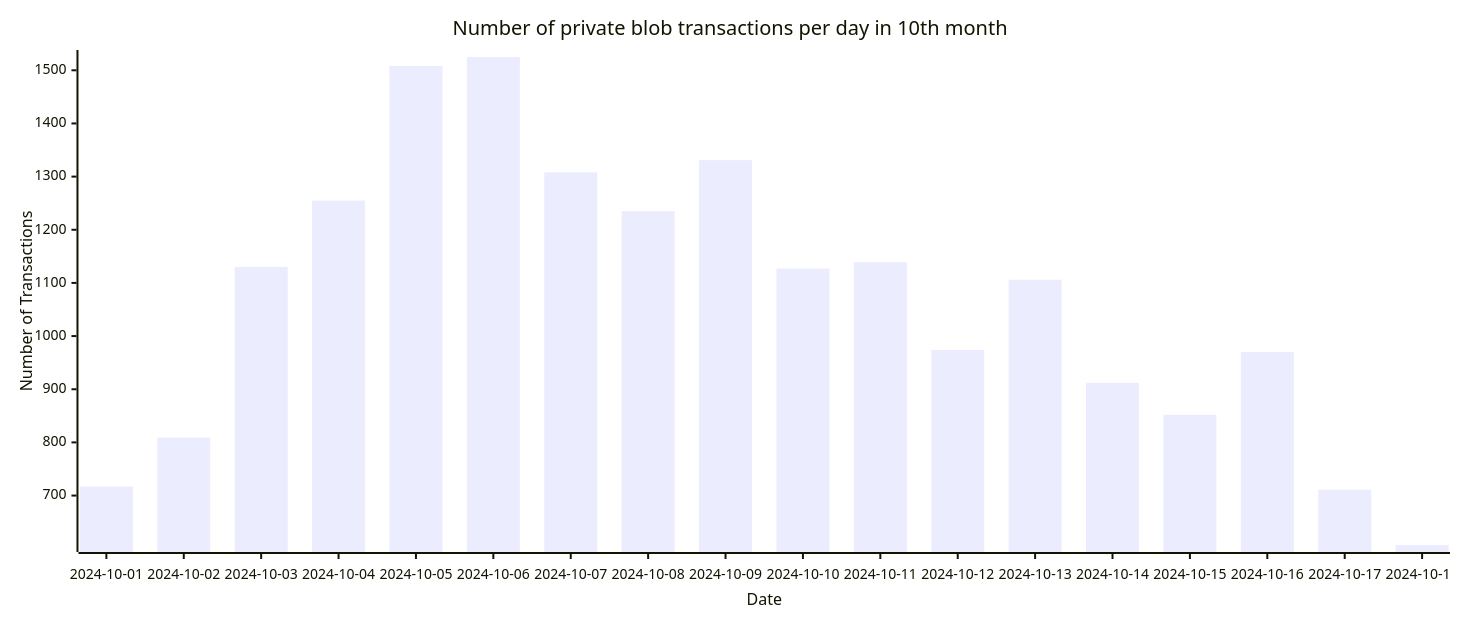
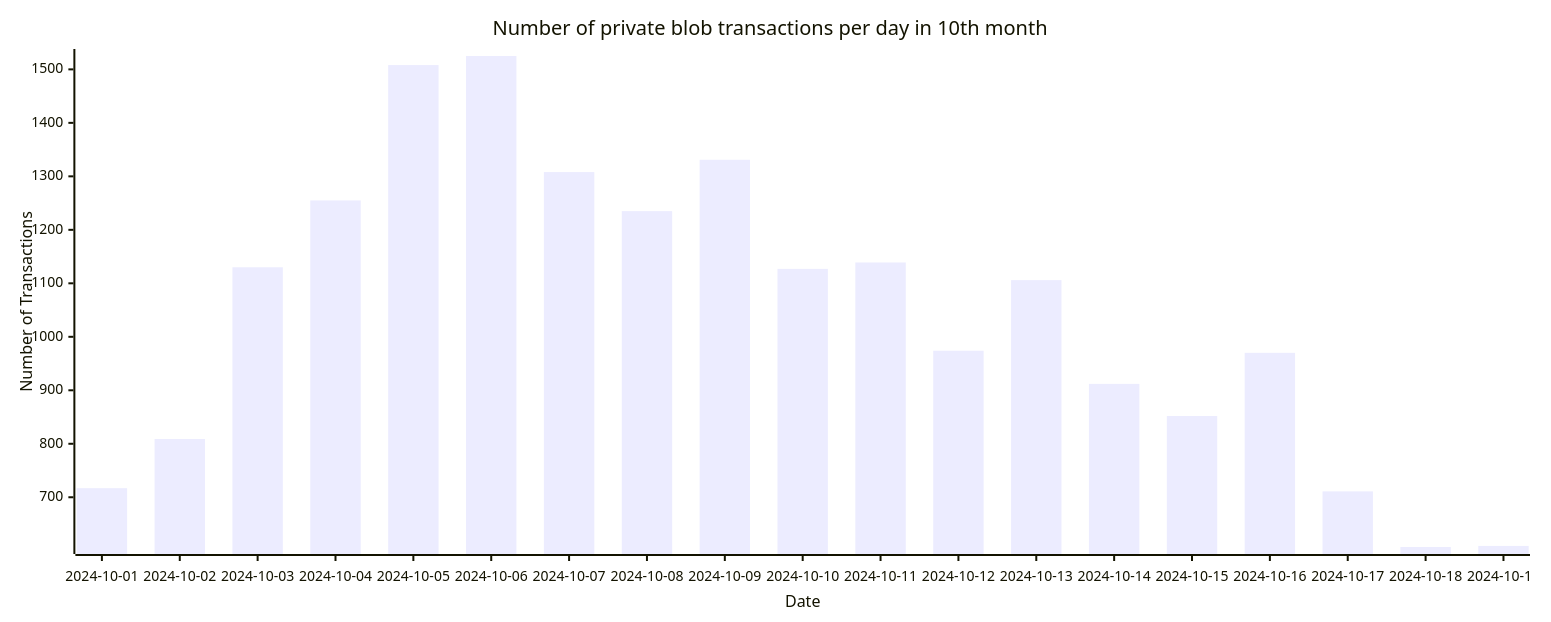
One commit to Amit0617/eip4844-data changed the eighth of 8 diagrams in README.md. Above: the diagram before and after it, drawn with Mermaid. The commit also changed 1 other file, not shown here.

````diff
--- a/README.md
+++ b/README.md
@@ -92,12 +92,12 @@
 ```mermaid
 ---
 config:
     xyChart:
-        width: 1440
+        width: 1520
         height: 600
 ---
 xychart-beta title "Number of private blob transactions per day in 10th month"
-x-axis "Date" [2024-10-01,2024-10-02,2024-10-03,2024-10-04,2024-10-05,2024-10-06,2024-10-07,2024-10-08,2024-10-09,2024-10-10,2024-10-11,2024-10-12,2024-10-13,2024-10-14,2024-10-15,2024-10-16,2024-10-17,2024-10-18]
+x-axis "Date" [2024-10-01,2024-10-02,2024-10-03,2024-10-04,2024-10-05,2024-10-06,2024-10-07,2024-10-08,2024-10-09,2024-10-10,2024-10-11,2024-10-12,2024-10-13,2024-10-14,2024-10-15,2024-10-16,2024-10-17,2024-10-18,2024-10-19]
 y-axis "Number of Transactions"
-bar[717,809,1130,1255,1508,1525,1308,1235,1331,1127,1139,974,1106,912,852,970,711,607]
+bar[717,809,1130,1255,1508,1525,1308,1235,1331,1127,1139,974,1106,912,852,970,711,607,609]
 ```
````
